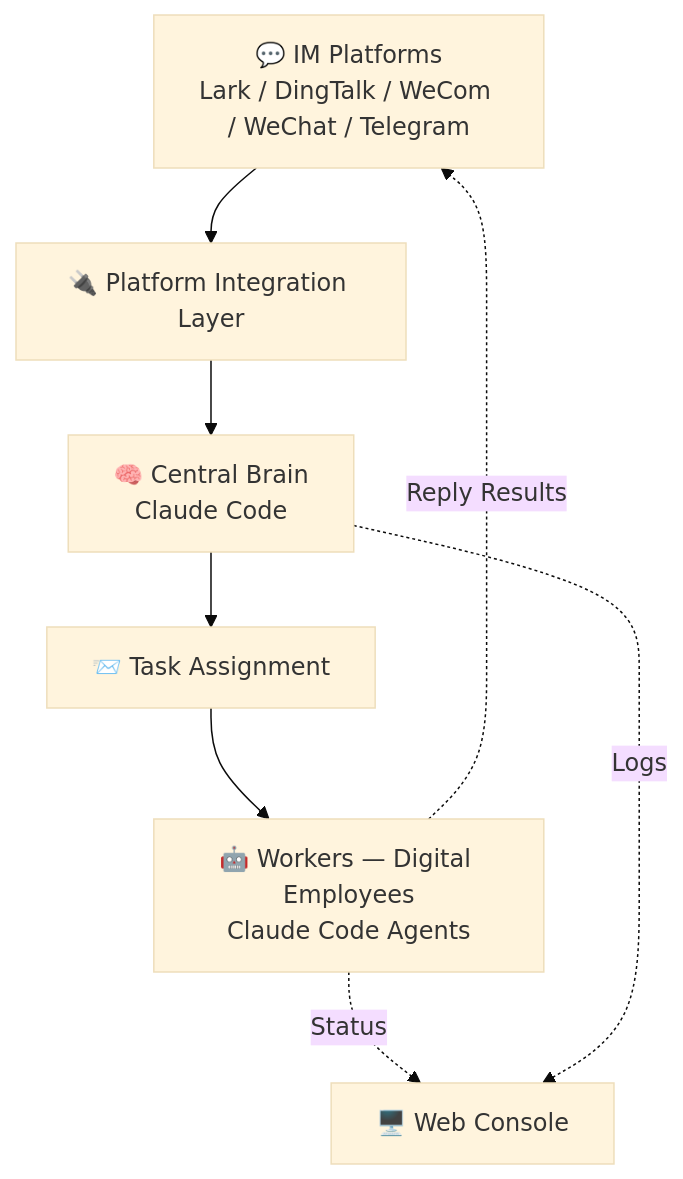
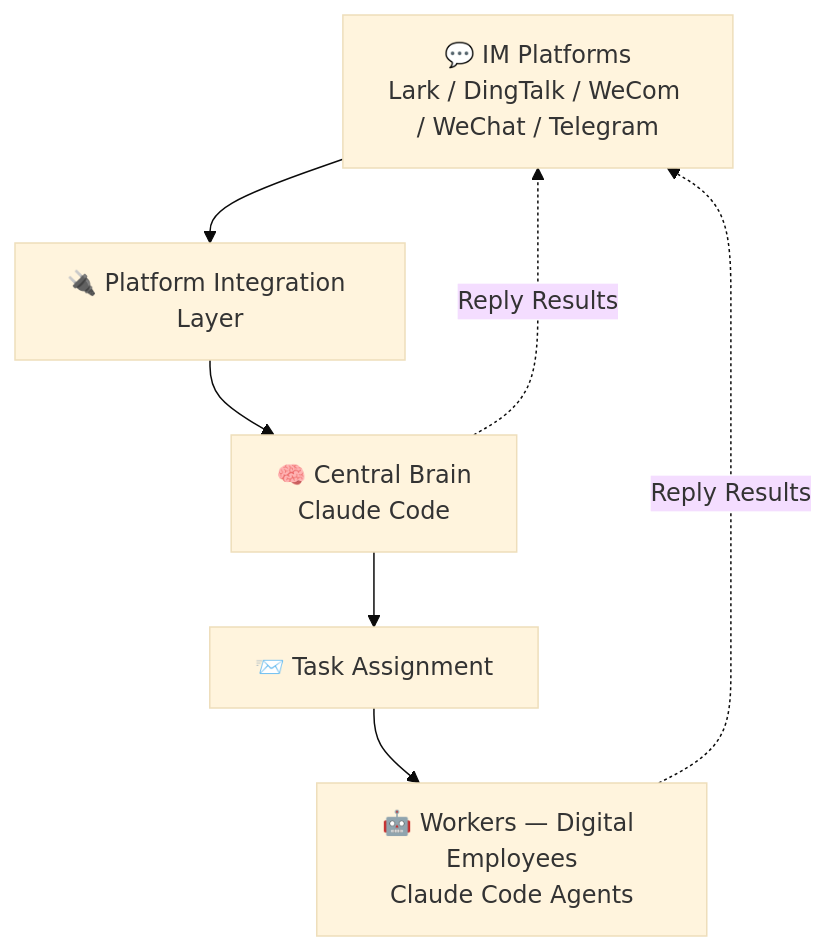
Before and after one commit to theopenbee/openbee: the diagram in README.md, drawn with Mermaid (base theme). The commit also changed other lines of this file and 1 other file, not shown here.

````diff
--- a/README.md
+++ b/README.md
@@ -111,10 +111,9 @@
 ```mermaid
 graph TD
     A["💬 IM Platforms\nLark / DingTalk / WeCom / WeChat / Telegram"] --> B["🔌 Platform Integration Layer"]
     B --> C["🧠 Central Brain\nClaude Code"]
     C --> D["📨 Task Assignment"]
     D --> E["🤖 Workers — Digital Employees\nClaude Code Agents"]
     E -. "Reply Results" .-> A
-    E -. "Status" .-> F["🖥️ Web Console"]
-    C -. "Logs" .-> F
+    C -. "Reply Results" .-> A
 ```
````
